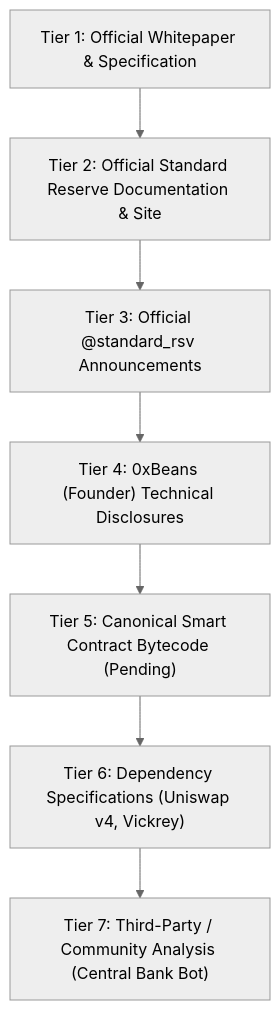
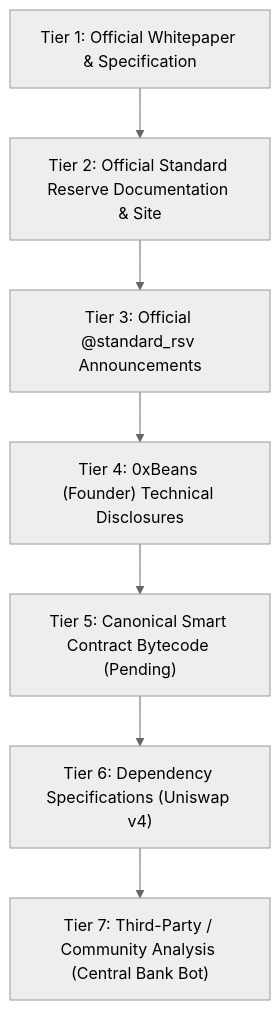
Before and after one commit to Asadlee24/reflex-standard-reserve: the diagram in research/SOURCES.md, drawn with Mermaid (neutral theme). The commit also changed other lines of this file and 44 other files, not shown here.

````diff
--- a/research/SOURCES.md
+++ b/research/SOURCES.md
@@ -13,9 +15,9 @@
 ```mermaid
 graph TD
     T1["Tier 1: Official Whitepaper & Specification"] --> T2["Tier 2: Official Standard Reserve Documentation & Site"]
     T2 --> T3["Tier 3: Official @standard_rsv Announcements"]
     T3 --> T4["Tier 4: 0xBeans (Founder) Technical Disclosures"]
     T4 --> T5["Tier 5: Canonical Smart Contract Bytecode (Pending)"]
-    T5 --> T6["Tier 6: Dependency Specifications (Uniswap v4, Vickrey)"]
+    T5 --> T6["Tier 6: Dependency Specifications (Uniswap v4)"]
     T6 --> T7["Tier 7: Third-Party / Community Analysis (Central Bank Bot)"]
 ```
````
